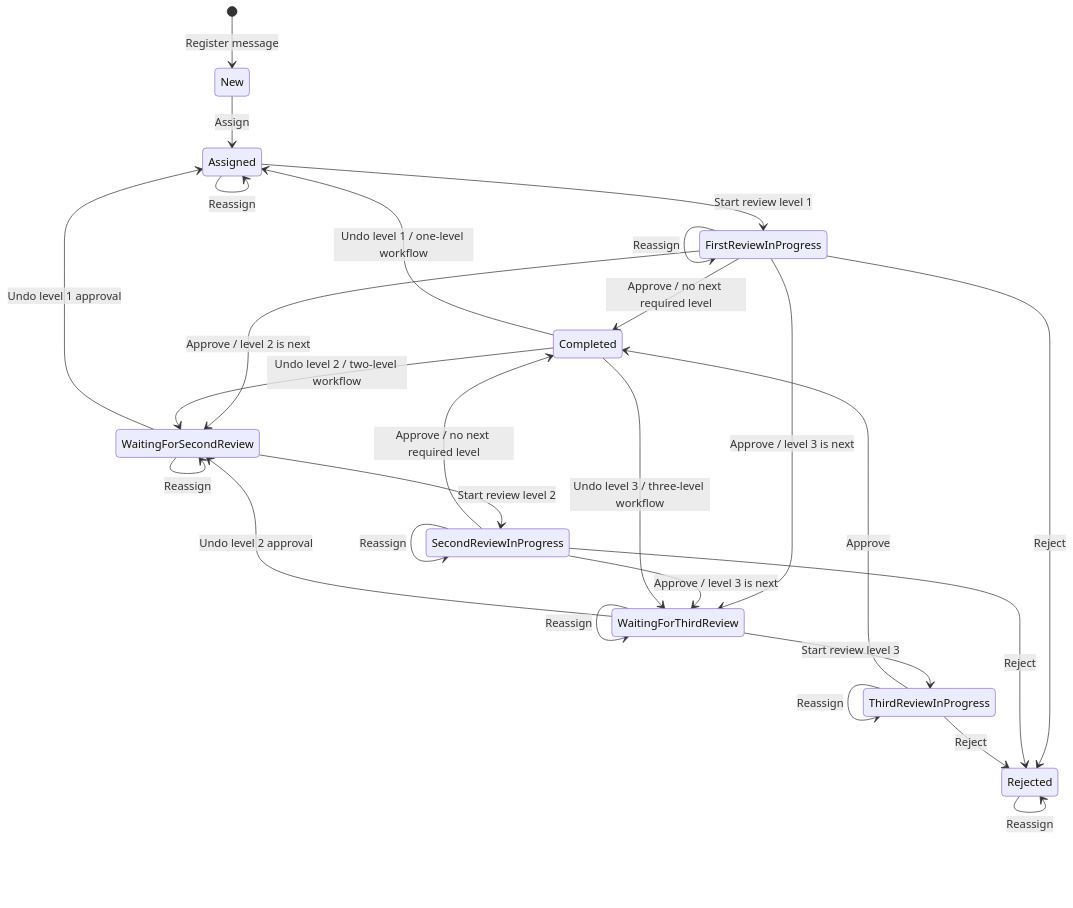
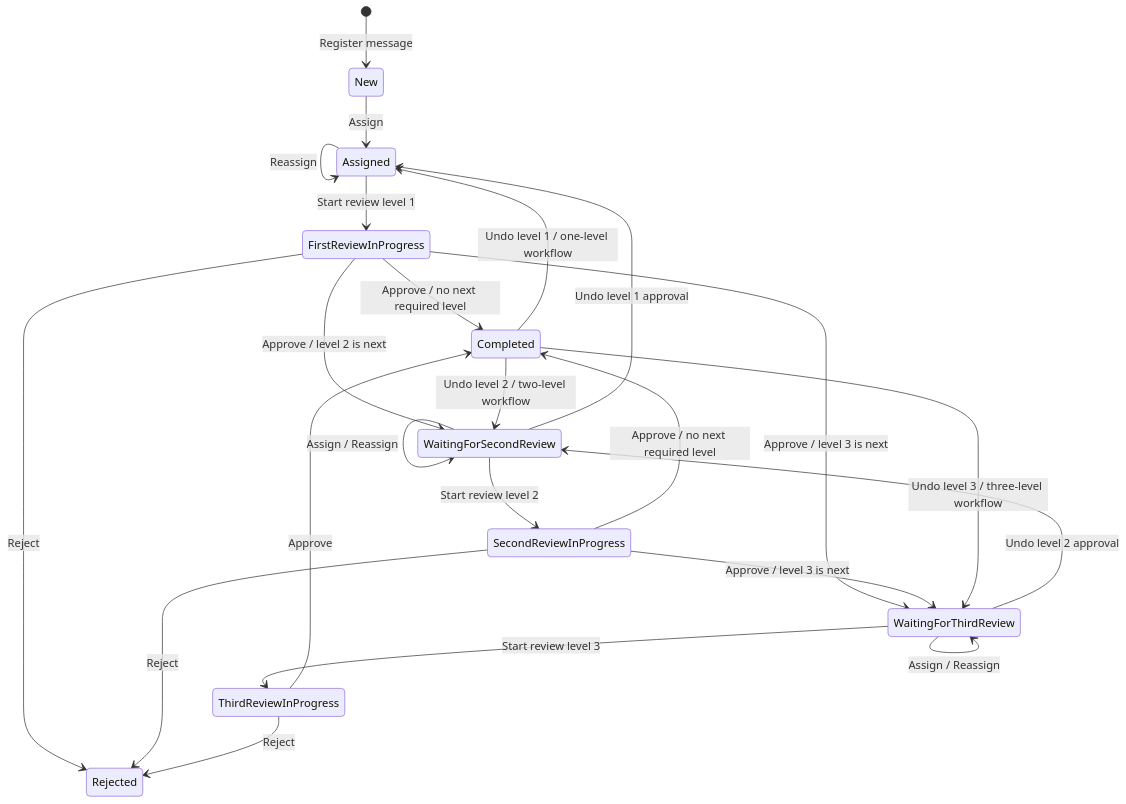
Before and after one commit to makhin/SwiftReview: the first of 2 diagrams in backend/docs/MESSAGE_STATE_MACHINE.md, drawn with Mermaid. The commit also changed other lines of this file and 50 other files, not shown here.

````diff
--- a/backend/docs/MESSAGE_STATE_MACHINE.md
+++ b/backend/docs/MESSAGE_STATE_MACHINE.md
@@ -9,37 +9,32 @@
 ```mermaid
 stateDiagram-v2
     [*] --> New: Register message
 
     New --> Assigned: Assign
     Assigned --> Assigned: Reassign
     Assigned --> FirstReviewInProgress: Start review level 1
 
     FirstReviewInProgress --> Completed: Approve / no next required level
     FirstReviewInProgress --> WaitingForSecondReview: Approve / level 2 is next
     FirstReviewInProgress --> WaitingForThirdReview: Approve / level 3 is next
     FirstReviewInProgress --> Rejected: Reject
-    FirstReviewInProgress --> FirstReviewInProgress: Reassign
 
     WaitingForSecondReview --> SecondReviewInProgress: Start review level 2
     WaitingForSecondReview --> Assigned: Undo level 1 approval
-    WaitingForSecondReview --> WaitingForSecondReview: Reassign
+    WaitingForSecondReview --> WaitingForSecondReview: Assign / Reassign
 
     SecondReviewInProgress --> Completed: Approve / no next required level
     SecondReviewInProgress --> WaitingForThirdReview: Approve / level 3 is next
     SecondReviewInProgress --> Rejected: Reject
-    SecondReviewInProgress --> SecondReviewInProgress: Reassign
 
     WaitingForThirdReview --> ThirdReviewInProgress: Start review level 3
     WaitingForThirdReview --> WaitingForSecondReview: Undo level 2 approval
-    WaitingForThirdReview --> WaitingForThirdReview: Reassign
+    WaitingForThirdReview --> WaitingForThirdReview: Assign / Reassign
 
     ThirdReviewInProgress --> Completed: Approve
     ThirdReviewInProgress --> Rejected: Reject
-    ThirdReviewInProgress --> ThirdReviewInProgress: Reassign
 
     Completed --> Assigned: Undo level 1 / one-level workflow
     Completed --> WaitingForSecondReview: Undo level 2 / two-level workflow
     Completed --> WaitingForThirdReview: Undo level 3 / three-level workflow
-
-    Rejected --> Rejected: Reassign
 ```
````
